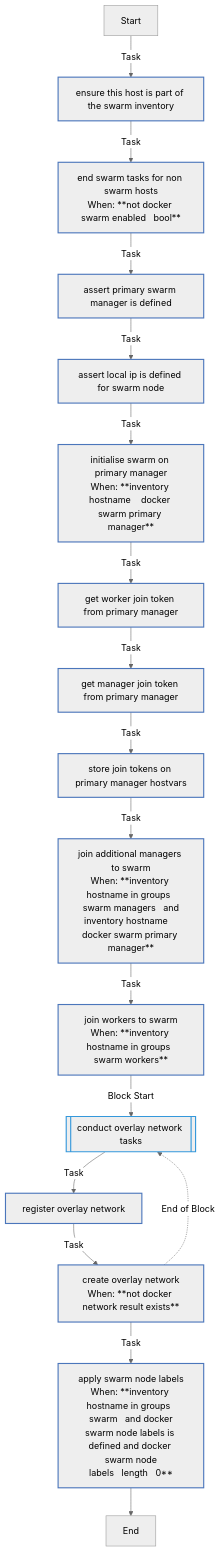
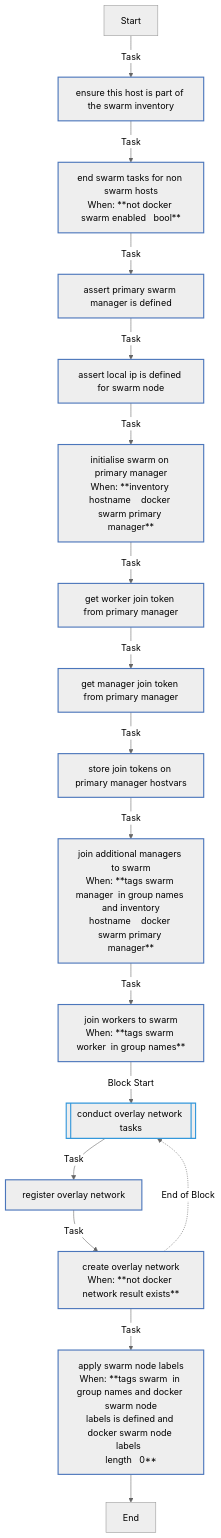
The fourth of 4 diagrams in ansible/roles/docker/README.md (Lebowski89/homelab), drawn with Mermaid (neutral theme) before and after one commit. The commit also changed other lines of this file and 30 other files, not shown here.

````diff
--- a/ansible/roles/docker/README.md
+++ b/ansible/roles/docker/README.md
@@ -192,29 +192,29 @@
 ```mermaid
 flowchart TD
 Start
 classDef block stroke:#3498db,stroke-width:2px;
 classDef task stroke:#4b76bb,stroke-width:2px;
 classDef includeTasks stroke:#16a085,stroke-width:2px;
 classDef importTasks stroke:#34495e,stroke-width:2px;
 classDef includeRole stroke:#2980b9,stroke-width:2px;
 classDef importRole stroke:#699ba7,stroke-width:2px;
 classDef includeVars stroke:#8e44ad,stroke-width:2px;
 classDef rescue stroke:#665352,stroke-width:2px;
 
   Start-->|Task| Ensure_this_host_is_part_of_the_swarm_inventory0[ensure this host is part of the swarm inventory]:::task
   Ensure_this_host_is_part_of_the_swarm_inventory0-->|Task| End_swarm_tasks_for_non_swarm_hosts1[end swarm tasks for non swarm hosts<br>When: **not docker swarm enabled   bool**]:::task
   End_swarm_tasks_for_non_swarm_hosts1-->|Task| Assert_primary_swarm_manager_is_defined2[assert primary swarm manager is defined]:::task
   Assert_primary_swarm_manager_is_defined2-->|Task| Assert_local_ip_is_defined_for_swarm_node3[assert local ip is defined for swarm node]:::task
   Assert_local_ip_is_defined_for_swarm_node3-->|Task| Initialise_swarm_on_primary_manager4[initialise swarm on primary manager<br>When: **inventory hostname    docker swarm primary manager**]:::task
   Initialise_swarm_on_primary_manager4-->|Task| Get_worker_join_token_from_primary_manager5[get worker join token from primary manager]:::task
   Get_worker_join_token_from_primary_manager5-->|Task| Get_manager_join_token_from_primary_manager6[get manager join token from primary manager]:::task
   Get_manager_join_token_from_primary_manager6-->|Task| Store_join_tokens_on_primary_manager_hostvars7[store join tokens on primary manager hostvars]:::task
-  Store_join_tokens_on_primary_manager_hostvars7-->|Task| Join_additional_managers_to_swarm8[join additional managers to swarm<br>When: **inventory hostname in groups  swarm managers   and<br>inventory hostname    docker swarm primary manager**]:::task
-  Join_additional_managers_to_swarm8-->|Task| Join_workers_to_swarm9[join workers to swarm<br>When: **inventory hostname in groups  swarm workers**]:::task
+  Store_join_tokens_on_primary_manager_hostvars7-->|Task| Join_additional_managers_to_swarm8[join additional managers to swarm<br>When: **tags swarm manager  in group names and inventory<br>hostname    docker swarm primary manager**]:::task
+  Join_additional_managers_to_swarm8-->|Task| Join_workers_to_swarm9[join workers to swarm<br>When: **tags swarm worker  in group names**]:::task
   Join_workers_to_swarm9-->|Block Start| Conduct_overlay_network_tasks10_block_start_0[[conduct overlay network tasks]]:::block
   Conduct_overlay_network_tasks10_block_start_0-->|Task| Register_overlay_network0[register overlay network]:::task
   Register_overlay_network0-->|Task| Create_overlay_network1[create overlay network<br>When: **not docker network result exists**]:::task
   Create_overlay_network1-.->|End of Block| Conduct_overlay_network_tasks10_block_start_0
-  Create_overlay_network1-->|Task| Apply_swarm_node_labels11[apply swarm node labels<br>When: **inventory hostname in groups  swarm   and docker<br>swarm node labels is defined and docker swarm node<br>labels   length   0**]:::task
+  Create_overlay_network1-->|Task| Apply_swarm_node_labels11[apply swarm node labels<br>When: **tags swarm  in group names and docker swarm node<br>labels is defined and docker swarm node labels  <br>length   0**]:::task
   Apply_swarm_node_labels11-->End
 ```
````
